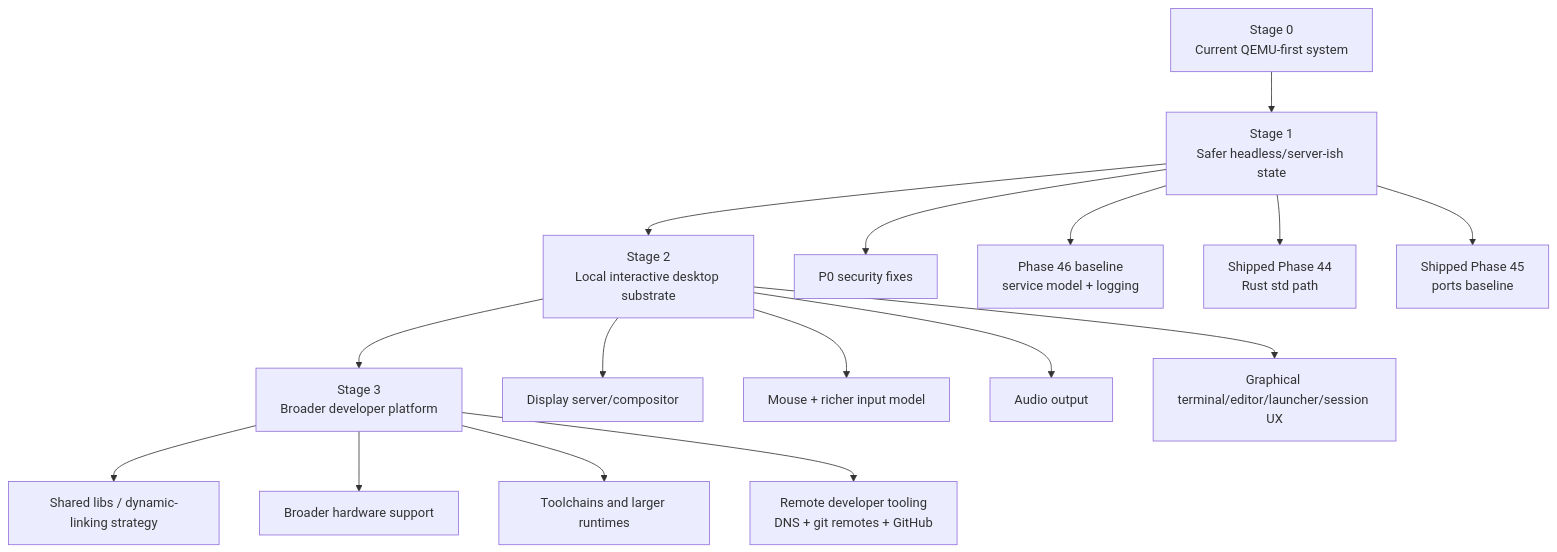
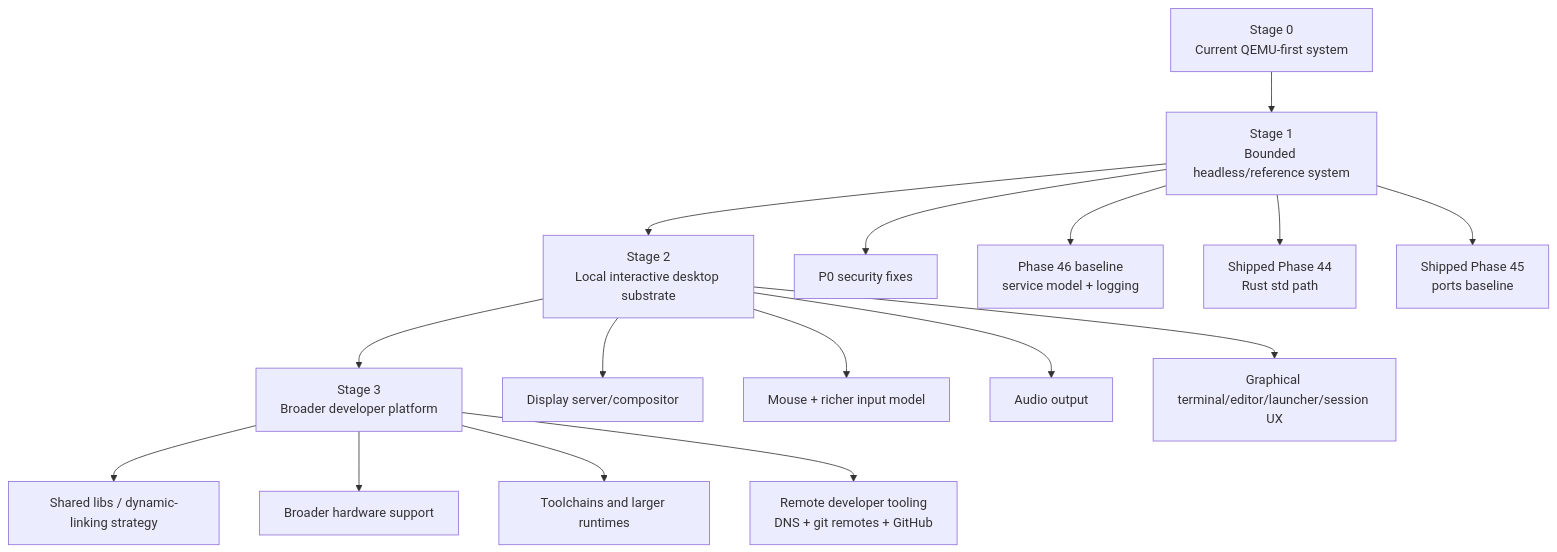
One commit to mikecubed/m3OS changed the diagram in docs/evaluation/usability-roadmap.md. Above: the diagram before and after it, drawn with Mermaid. The commit also changed other lines of this file and 39 other files, not shown here.

````diff
--- a/docs/evaluation/usability-roadmap.md
+++ b/docs/evaluation/usability-roadmap.md
@@ -18,20 +18,20 @@
 ```mermaid
 flowchart TD
-    S0["Stage 0<br/>Current QEMU-first system"] --> S1["Stage 1<br/>Safer headless/server-ish state"]
+    S0["Stage 0<br/>Current QEMU-first system"] --> S1["Stage 1<br/>Bounded headless/reference system"]
     S1 --> S2["Stage 2<br/>Local interactive desktop substrate"]
     S2 --> S3["Stage 3<br/>Broader developer platform"]
 
     S1 --> SEC["P0 security fixes"]
     S1 --> SERV["Phase 46 baseline<br/>service model + logging"]
     S1 --> R44["Shipped Phase 44<br/>Rust std path"]
     S1 --> PKG["Shipped Phase 45<br/>ports baseline"]
     S2 --> DISP["Display server/compositor"]
     S2 --> INPUT["Mouse + richer input model"]
     S2 --> AUDIO["Audio output"]
     S2 --> APPS["Graphical terminal/editor/launcher/session UX"]
 
     S3 --> DYNLIB["Shared libs / dynamic-linking strategy"]
     S3 --> HW["Broader hardware support"]
     S3 --> TOOL["Toolchains and larger runtimes"]
     S3 --> REMOTE["Remote developer tooling<br/>DNS + git remotes + GitHub"]
 ```
````
